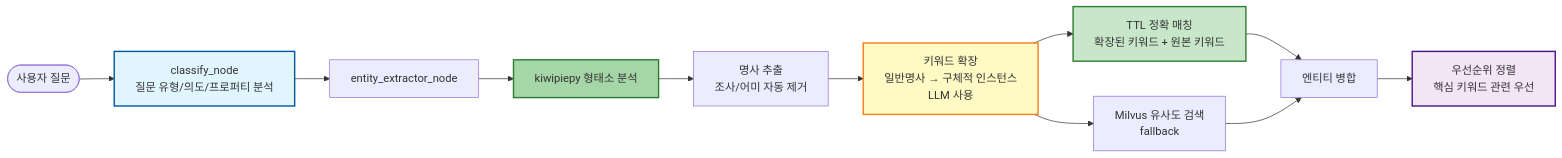
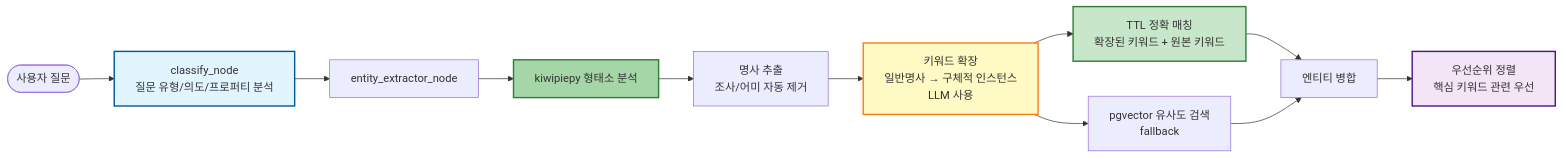
One commit to SKNETWORKS-FAMILY-AICAMP/SKN18-FINAL-3TEAM changed the third of 5 diagrams in backend/ontology_langgraph_structure/docs/README.md. Above: the diagram before and after it, drawn with Mermaid. The commit also changed other lines of this file and 13 other files, not shown here.

````diff
--- a/backend/ontology_langgraph_structure/docs/README.md
+++ b/backend/ontology_langgraph_structure/docs/README.md
@@ -1066,24 +1372,24 @@
 ```mermaid
 graph LR
     Query([사용자 질문]) --> Classify[classify_node<br/>질문 유형/의도/프로퍼티 분석]
 
     Classify --> EntityExtractor[entity_extractor_node]
     EntityExtractor --> Kiwi[kiwipiepy 형태소 분석]
     Kiwi --> Nouns[명사 추출<br/>조사/어미 자동 제거]
 
     Nouns --> Expand[키워드 확장<br/>일반명사 → 구체적 인스턴스<br/>LLM 사용]
 
     Expand --> TTLMatch[TTL 정확 매칭<br/>확장된 키워드 + 원본 키워드]
-    Expand --> MilvusSearch[Milvus 유사도 검색<br/>fallback]
+    Expand --> PgvectorSearch[pgvector 유사도 검색<br/>fallback]
 
     TTLMatch --> Entities[엔티티 병합]
-    MilvusSearch --> Entities
+    PgvectorSearch --> Entities
 
     Entities --> Priority[우선순위 정렬<br/>핵심 키워드 관련 우선]
 
     style Kiwi fill:#a5d6a7,stroke:#2e7d32,stroke-width:2px
     style Classify fill:#e1f5ff,stroke:#01579b,stroke-width:2px
     style Expand fill:#fff9c4,stroke:#f57f17,stroke-width:2px
     style TTLMatch fill:#c8e6c9,stroke:#2e7d32,stroke-width:2px
     style Priority fill:#f3e5f5,stroke:#4a148c,stroke-width:2px
 ```
````
